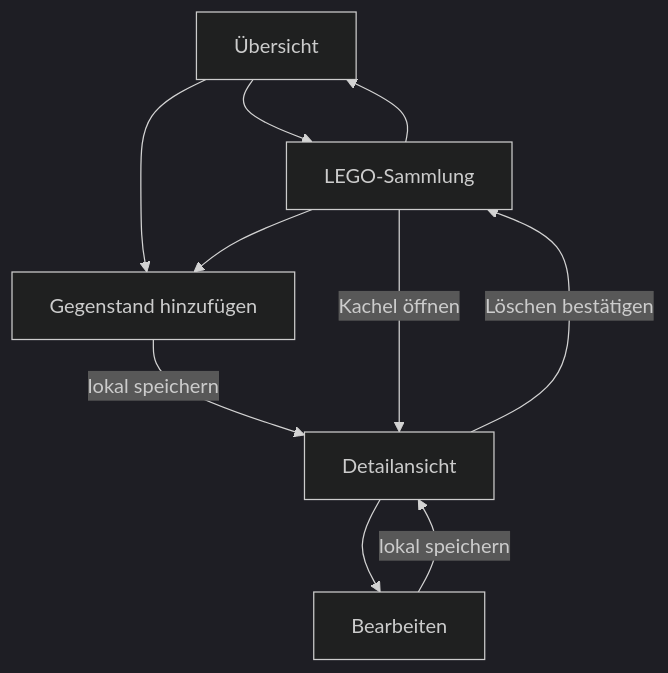
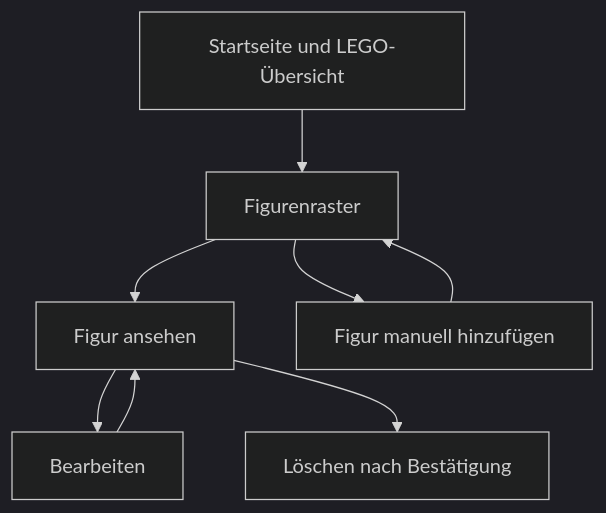
The first of 2 diagrams in PROJECT_FLOW.md (codePfosten/sammel-webapp), drawn with Mermaid (dark theme) before and after one commit. The commit also changed other lines of this file and 9 other files, not shown here.

````diff
--- a/PROJECT_FLOW.md
+++ b/PROJECT_FLOW.md
@@ -5,12 +4,10 @@
 ```mermaid
 flowchart TD
-  Start[Übersicht] --> Collection[LEGO-Sammlung]
-  Start --> Add[Gegenstand hinzufügen]
-  Collection --> Add
-  Add -->|lokal speichern| Detail[Detailansicht]
-  Collection -->|Kachel öffnen| Detail
-  Detail --> Edit[Bearbeiten]
-  Edit -->|lokal speichern| Detail
-  Detail -->|Löschen bestätigen| Collection
-  Collection --> Start
+  A[Startseite und LEGO-Übersicht] --> B[Figurenraster]
+  B --> C[Figur ansehen]
+  B --> D[Figur manuell hinzufügen]
+  C --> E[Bearbeiten]
+  C --> F[Löschen nach Bestätigung]
+  D --> B
+  E --> C
 ```
````
